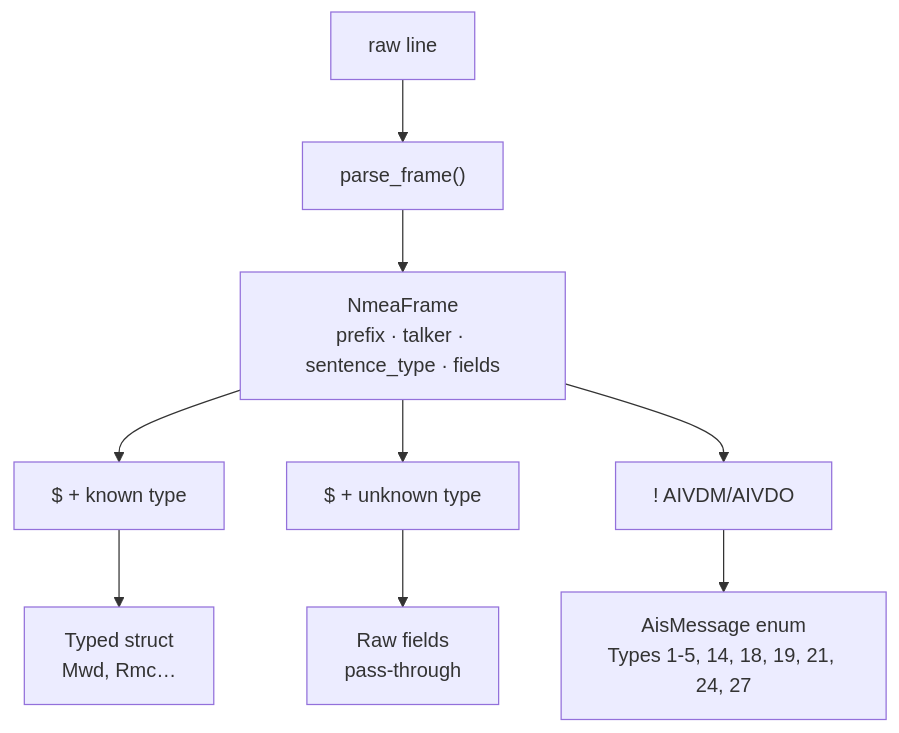
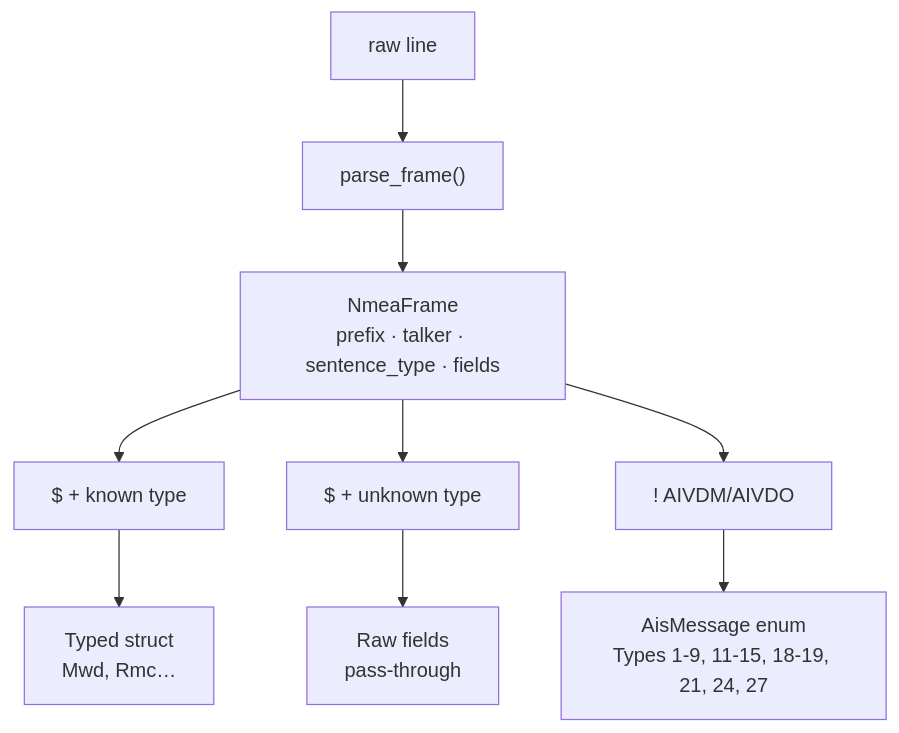
The diagram in README.md (amoutiers/nmea-kit), drawn with Mermaid before and after one commit. The commit also changed other lines of this file and 2 other files, not shown here.

Commit message:
docs: sync to 0.7.0 — 54 sentences, PROPRIETARY flag, README types/version, Type 27 unit

````diff
--- a/README.md
+++ b/README.md
@@ -70,11 +70,11 @@
 ```mermaid
 flowchart TD
     raw["raw line"] --> pf["parse_frame()"]
     pf --> frame["NmeaFrame\nprefix · talker · sentence_type · fields"]
     frame --> known["$ + known type"]
     frame --> unknown["$ + unknown type"]
     frame --> ais_in["! AIVDM/AIVDO"]
     known --> typed["Typed struct\nMwd, Rmc…"]
     unknown --> raw_fields["Raw fields\npass-through"]
-    ais_in --> ais_msg["AisMessage enum\nTypes 1-5, 14, 18, 19, 21, 24, 27"]
+    ais_in --> ais_msg["AisMessage enum\nTypes 1-9, 11-15, 18-19, 21, 24, 27"]
 ```
````
